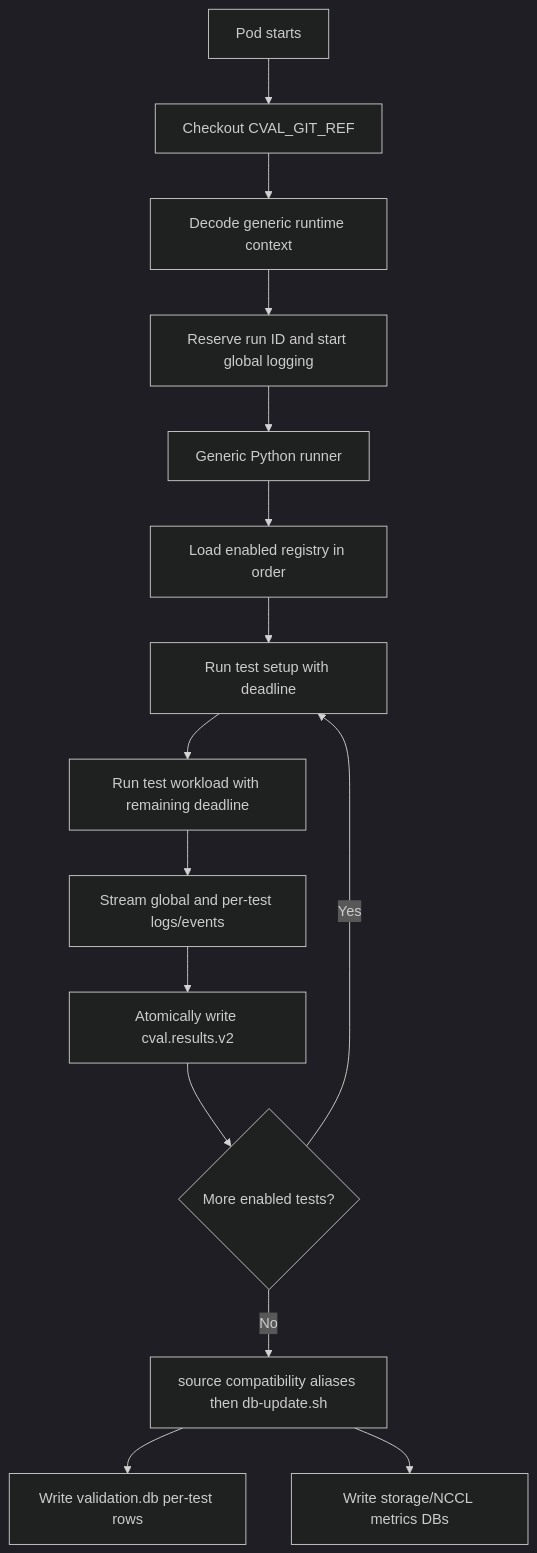
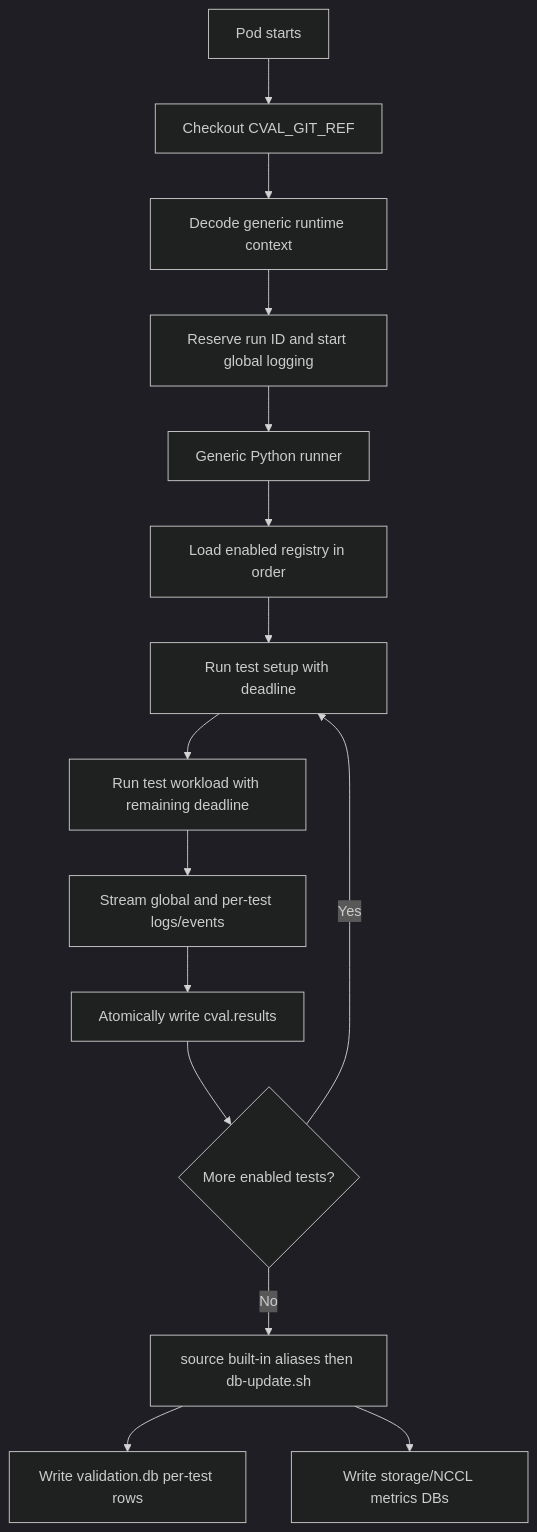
Before and after one commit to IamNirmata/c-val: the fourth of 5 diagrams in docs/workflow.md, drawn with Mermaid (dark theme). The commit also changed other lines of this file and 202 other files, not shown here.

````diff
--- a/docs/workflow.md
+++ b/docs/workflow.md
@@ -87,17 +86,17 @@
 ```mermaid
 flowchart TD
     A[Pod starts] --> B[Checkout CVAL_GIT_REF]
     B --> C[Decode generic runtime context]
     C --> D[Reserve run ID and start global logging]
     D --> E[Generic Python runner]
     E --> F[Load enabled registry in order]
     F --> G[Run test setup with deadline]
     G --> H[Run test workload with remaining deadline]
     H --> I[Stream global and per-test logs/events]
-    I --> J[Atomically write cval.results.v2]
+    I --> J[Atomically write cval.results]
     J --> K{More enabled tests?}
     K -- Yes --> G
-    K -- No --> L[source compatibility aliases then db-update.sh]
+    K -- No --> L[source built-in aliases then db-update.sh]
     L --> M[Write validation.db per-test rows]
     L --> N[Write storage/NCCL metrics DBs]
 ```
````
